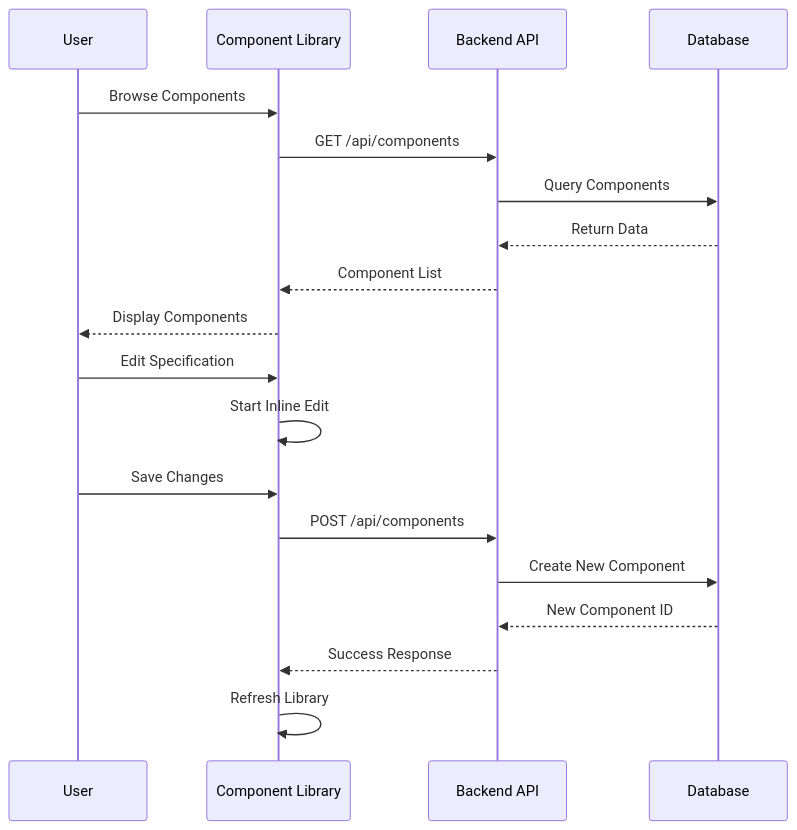
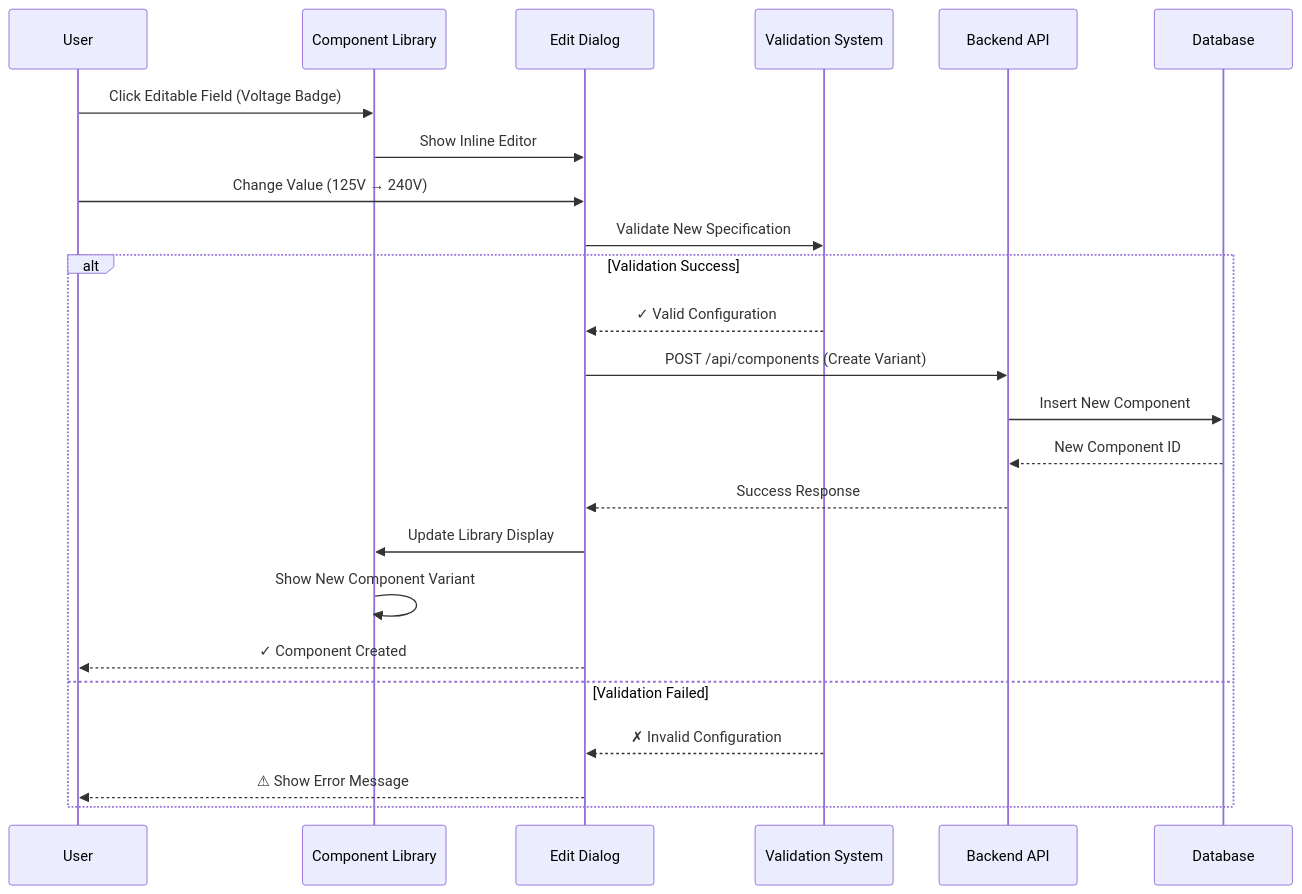
One commit to CSchotborgh/PowerWhipConfig changed the fifth of 10 diagrams in README.md. Above: the diagram before and after it, drawn with Mermaid. The commit also changed other lines of this file, not shown here.

````diff
--- a/README.md
+++ b/README.md
@@ -106,23 +236,28 @@
 ```mermaid
 sequenceDiagram
     participant U as User
     participant CL as Component Library
+    participant ED as Edit Dialog
+    participant VS as Validation System
     participant API as Backend API
     participant DB as Database
     
-    U->>CL: Browse Components
-    CL->>API: GET /api/components
-    API->>DB: Query Components
-    DB-->>API: Return Data
-    API-->>CL: Component List
-    CL-->>U: Display Components
+    U->>CL: Click Editable Field (Voltage Badge)
+    CL->>ED: Show Inline Editor
+    U->>ED: Change Value (125V → 240V)
+    ED->>VS: Validate New Specification
     
-    U->>CL: Edit Specification
-    CL->>CL: Start Inline Edit
-    U->>CL: Save Changes
-    CL->>API: POST /api/components
-    API->>DB: Create New Component
-    DB-->>API: New Component ID
-    API-->>CL: Success Response
-    CL->>CL: Refresh Library
+    alt Validation Success
+        VS-->>ED: ✓ Valid Configuration
+        ED->>API: POST /api/components (Create Variant)
+        API->>DB: Insert New Component
+        DB-->>API: New Component ID
+        API-->>ED: Success Response
+        ED->>CL: Update Library Display
+        CL->>CL: Show New Component Variant
+        ED-->>U: ✓ Component Created
+    else Validation Failed  
+        VS-->>ED: ✗ Invalid Configuration
+        ED-->>U: ⚠ Show Error Message
+    end
 ```
````
